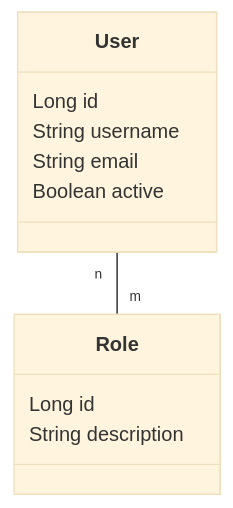
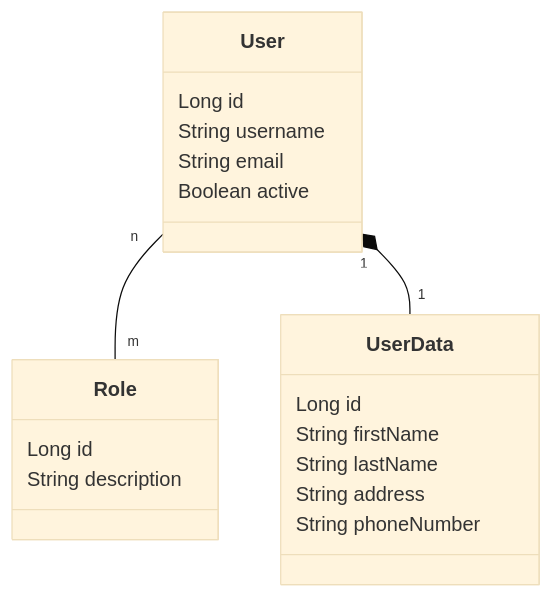
One commit to santilo23/limitadorum changed the diagram in README.md. Above: the diagram before and after it, drawn with Mermaid (base theme). The commit also changed other lines of this file and 4 other files, not shown here.

Commit message:
#8 feat(domain): implementar la entidad UserData

````diff
--- a/README.md
+++ b/README.md
@@ -152,14 +152,22 @@
 ```mermaid
 classDiagram
     class User {
         Long id
         String username
         String email
         Boolean active
     }
     class Role {
         Long id
         String description
     }
+    class UserData {
+        Long id
+        String firstName
+        String lastName
+        String address
+        String phoneNumber
+    }
     User "n" -- "m" Role
+    User "1" *-- "1" UserData
 ```
````
